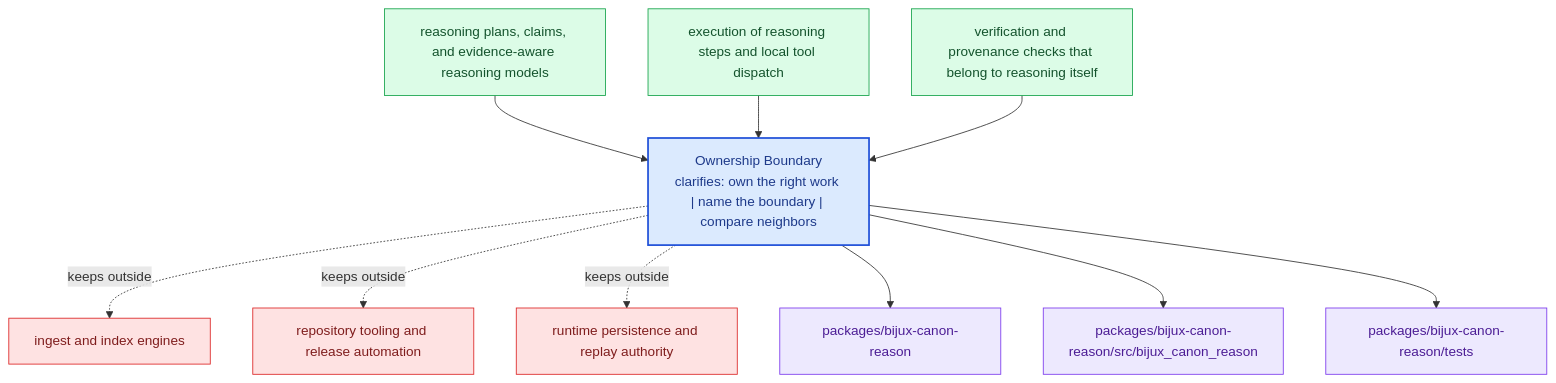
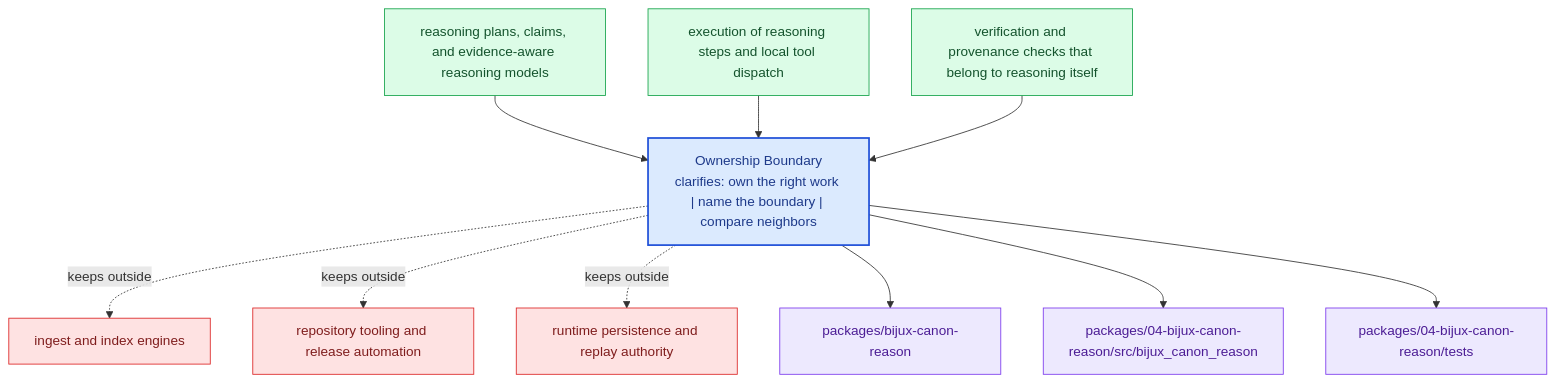
One commit to bijux/bijux-canon changed the diagram in docs/04-bijux-canon-reason/foundation/ownership-boundary.md. Above: the diagram before and after it, drawn with Mermaid. The commit also changed other lines of this file and 167 other files, not shown here.

````diff
--- a/docs/04-bijux-canon-reason/foundation/ownership-boundary.md
+++ b/docs/04-bijux-canon-reason/foundation/ownership-boundary.md
@@ -23,31 +23,31 @@
 ```mermaid
 flowchart TB
     page["Ownership Boundary<br/>clarifies: own the right work | name the boundary | compare neighbors"]
     classDef page fill:#dbeafe,stroke:#1d4ed8,color:#1e3a8a,stroke-width:2px;
     classDef positive fill:#dcfce7,stroke:#16a34a,color:#14532d;
     classDef caution fill:#fee2e2,stroke:#dc2626,color:#7f1d1d;
     classDef anchor fill:#ede9fe,stroke:#7c3aed,color:#4c1d95;
     classDef action fill:#fef3c7,stroke:#d97706,color:#7c2d12;
     own1["reasoning plans, claims, and evidence-aware reasoning models"]
     own1 --> page
     own2["execution of reasoning steps and local tool dispatch"]
     own2 --> page
     own3["verification and provenance checks that belong to reasoning itself"]
     own3 --> page
     limit1["ingest and index engines"]
     page -.keeps outside.-> limit1
     limit2["repository tooling and release automation"]
     page -.keeps outside.-> limit2
     limit3["runtime persistence and replay authority"]
     page -.keeps outside.-> limit3
     anchor1["packages/bijux-canon-reason"]
     page --> anchor1
-    anchor2["packages/bijux-canon-reason/src/bijux_canon_reason"]
+    anchor2["packages/04-bijux-canon-reason/src/bijux_canon_reason"]
     page --> anchor2
-    anchor3["packages/bijux-canon-reason/tests"]
+    anchor3["packages/04-bijux-canon-reason/tests"]
     page --> anchor3
     class page page;
     class own1,own2,own3 positive;
     class limit1,limit2,limit3 caution;
     class anchor1,anchor2,anchor3 anchor;
 ```
````
